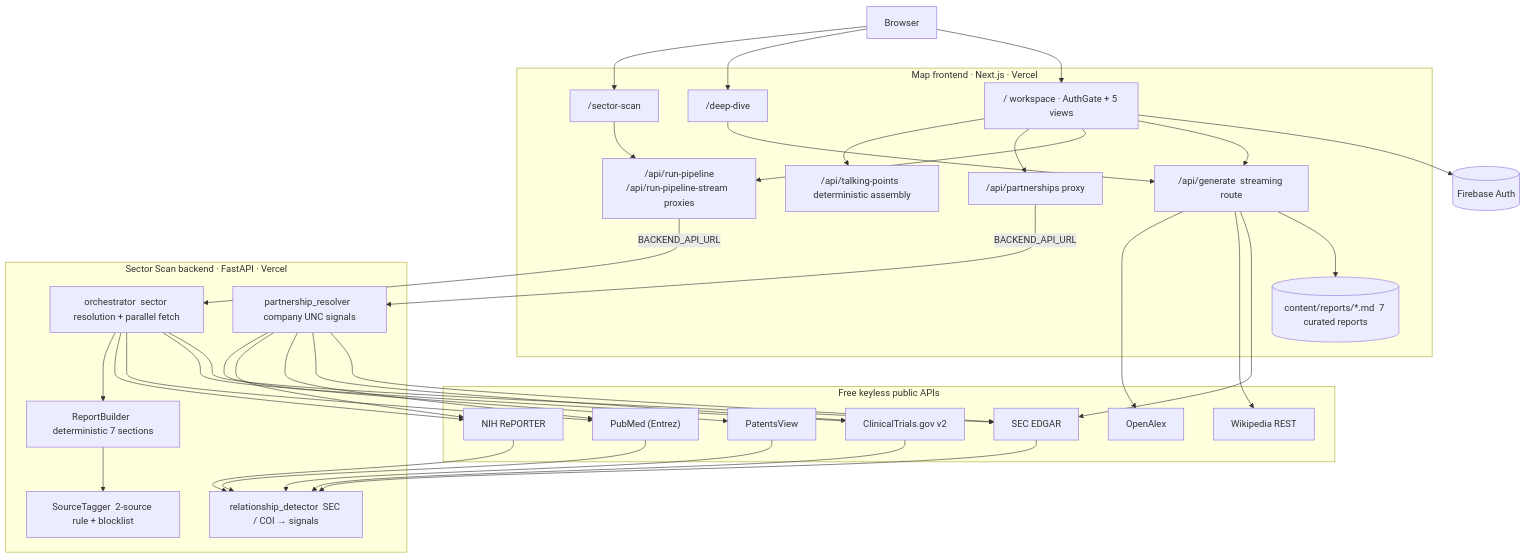
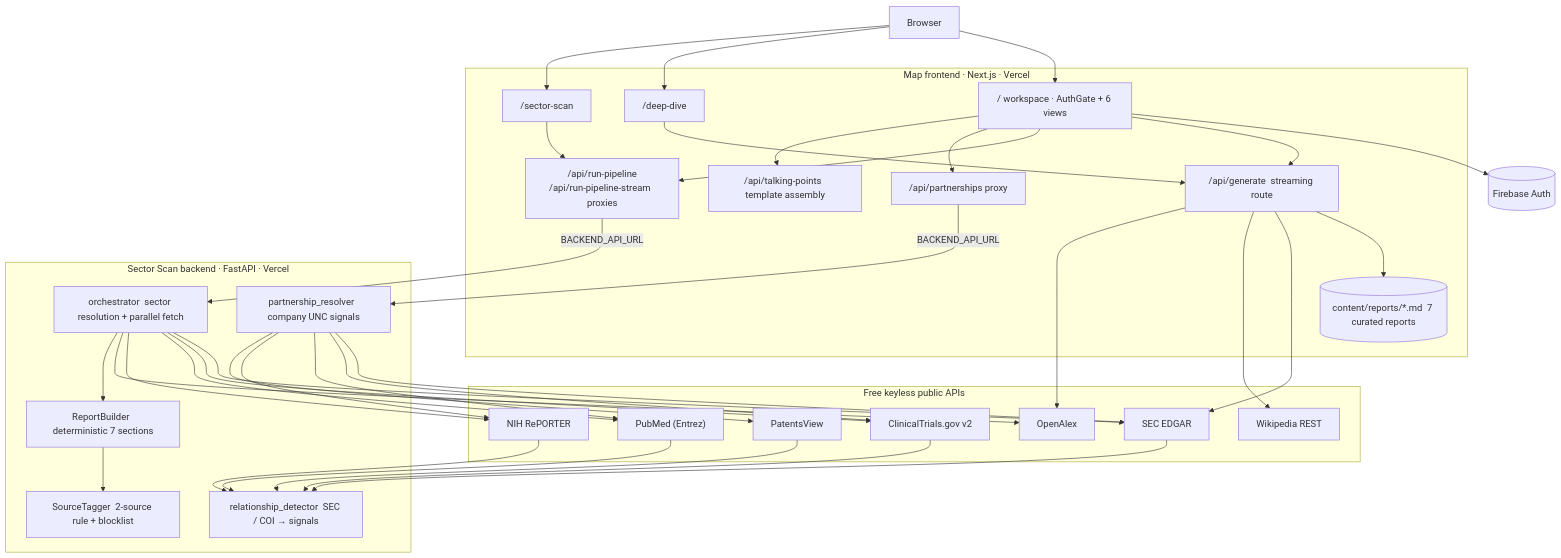
One commit to AidanColvin/map-elt-research-graph-3 changed the first of 12 diagrams in README.md. Above: the diagram before and after it, drawn with Mermaid. The commit also changed other lines of this file, not shown here.

````diff
--- a/README.md
+++ b/README.md
@@ -81,47 +75,47 @@
 ```mermaid
 flowchart TB
     B[Browser]
     FB[(Firebase Auth)]
 
     subgraph FE["Map frontend  ·  Next.js  ·  Vercel"]
-        W["/ workspace · AuthGate + 5 views"]
+        W["/ workspace · AuthGate + 6 views"]
         DD["/deep-dive"]
         SS["/sector-scan"]
         G["/api/generate  streaming route"]
-        TP["/api/talking-points  deterministic assembly"]
+        TP["/api/talking-points  template assembly"]
         MD[("content/reports/*.md  7 curated reports")]
         PX["/api/run-pipeline\n/api/run-pipeline-stream  proxies"]
         PA["/api/partnerships  proxy"]
     end
 
     subgraph BE["Sector Scan backend  ·  FastAPI  ·  Vercel"]
         O["orchestrator  sector resolution + parallel fetch"]
         RB["ReportBuilder  deterministic 7 sections"]
         ST["SourceTagger  2-source rule + blocklist"]
         PR["partnership_resolver  company UNC signals"]
         RD["relationship_detector  SEC / COI → signals"]
     end
 
     subgraph SRC["Free keyless public APIs"]
         SEC[SEC EDGAR]
         WIKI[Wikipedia REST]
         OA[OpenAlex]
         CT[ClinicalTrials.gov v2]
         PM["PubMed (Entrez)"]
         NIH[NIH RePORTER]
         PV[PatentsView]
     end
 
     B --> W & DD & SS
     W --> FB
     DD --> G
     W --> G & PX & PA & TP
     SS --> PX
     G --> MD
     G --> SEC & WIKI & OA
     PX -- "BACKEND_API_URL" --> O
     PA -- "BACKEND_API_URL" --> PR
-    O --> SEC & CT & PM & NIH
+    O --> SEC & CT & PM & NIH & OA
     O --> RB --> ST
     PR --> SEC & CT & PM & NIH & PV --> RD
 ```
````
